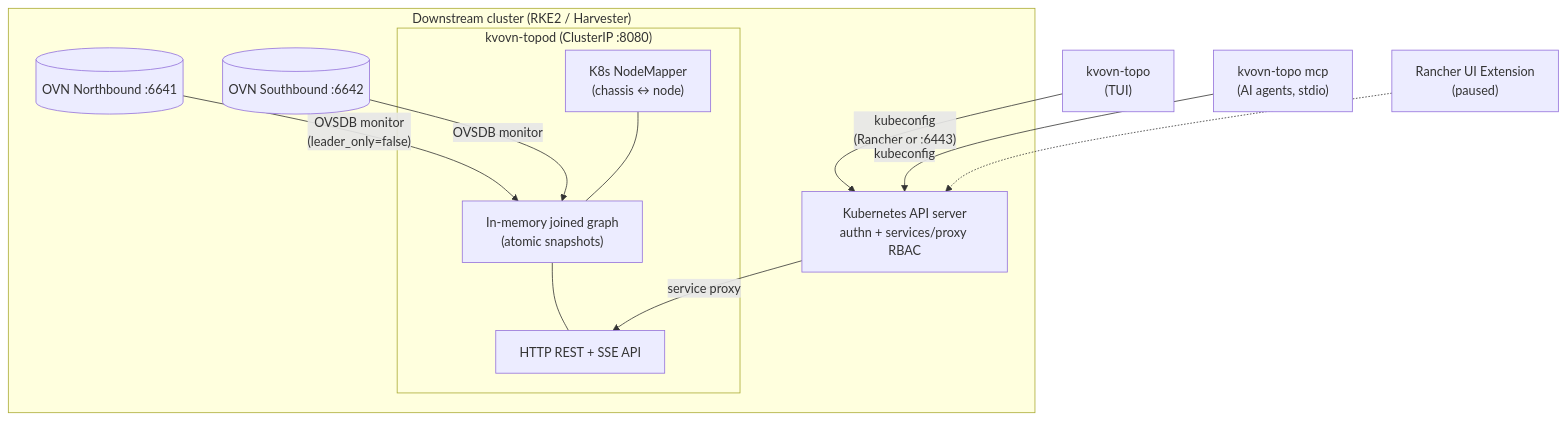
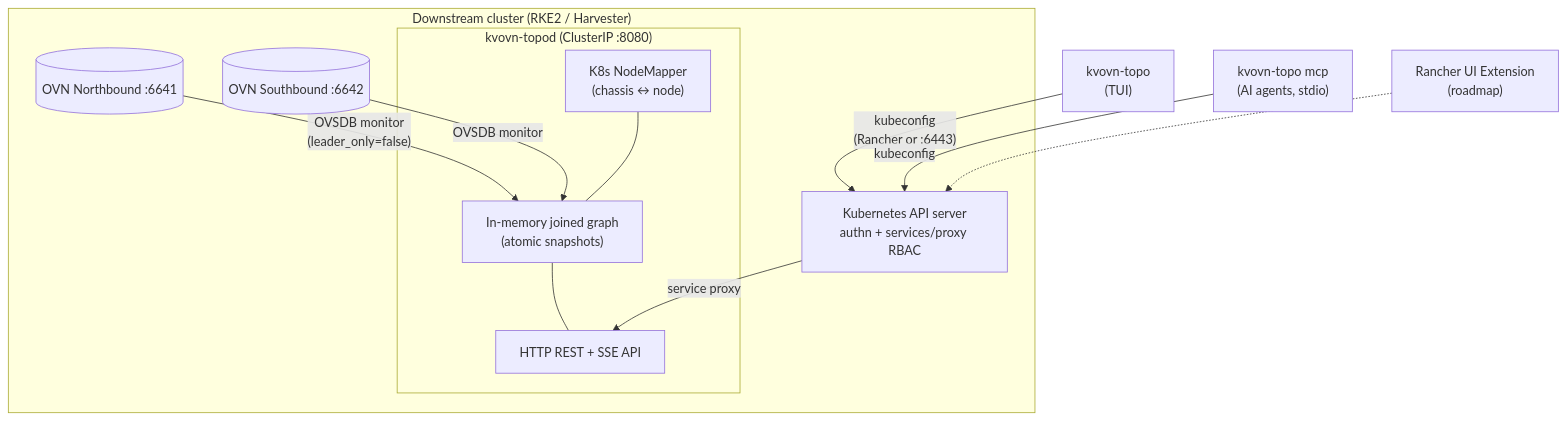
Before and after one commit to coulof/kvovn-topo: the diagram in README.md, drawn with Mermaid. The commit also changed other lines of this file and 1 other file, not shown here.

First line of the commit message:
docs(readme): OCI chart install, binary install snippet, review fixes

````diff
--- a/README.md
+++ b/README.md
@@ -48,21 +48,21 @@
 ```mermaid
 flowchart TB
   subgraph cluster["Downstream cluster (RKE2 / Harvester)"]
     nb[("OVN Northbound :6641")]
     sb[("OVN Southbound :6642")]
     subgraph d["kvovn-topod (ClusterIP :8080)"]
       g["In-memory joined graph<br/>(atomic snapshots)"]
       mapper["K8s NodeMapper<br/>(chassis ↔ node)"]
       api["HTTP REST + SSE API"]
     end
     apiserver["Kubernetes API server<br/>authn + services/proxy RBAC"]
   end
   nb -->|"OVSDB monitor<br/>(leader_only=false)"| g
   sb -->|"OVSDB monitor"| g
   mapper --- g
   g --- api
   apiserver -->|"service proxy"| api
   tui["kvovn-topo<br/>(TUI)"] -->|"kubeconfig<br/>(Rancher or :6443)"| apiserver
   mcp["kvovn-topo mcp<br/>(AI agents, stdio)"] -->|"kubeconfig"| apiserver
-  ui["Rancher UI Extension<br/>(paused)"] -.-> apiserver
+  ui["Rancher UI Extension<br/>(roadmap)"] -.-> apiserver
 ```
````
